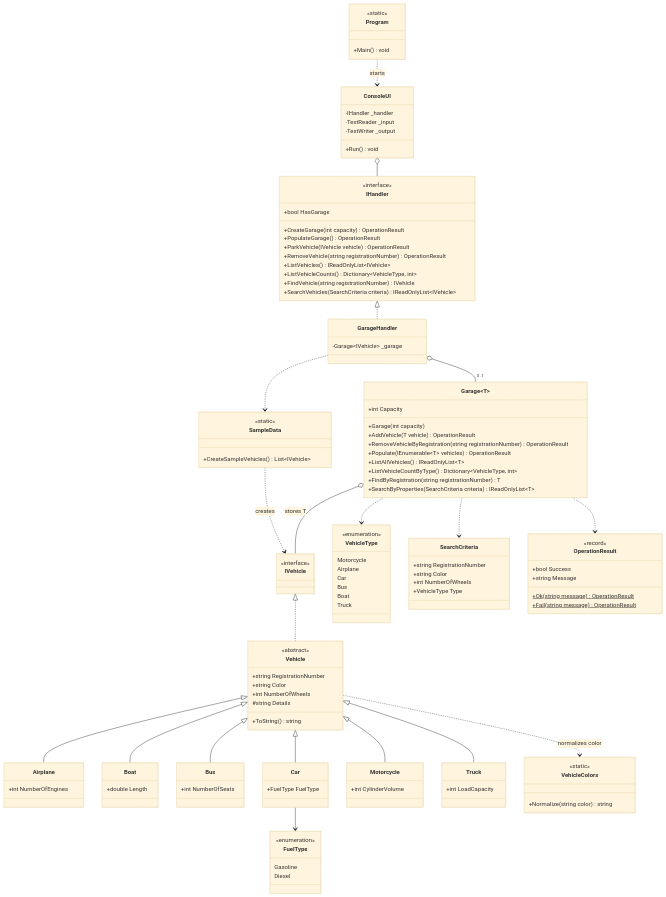
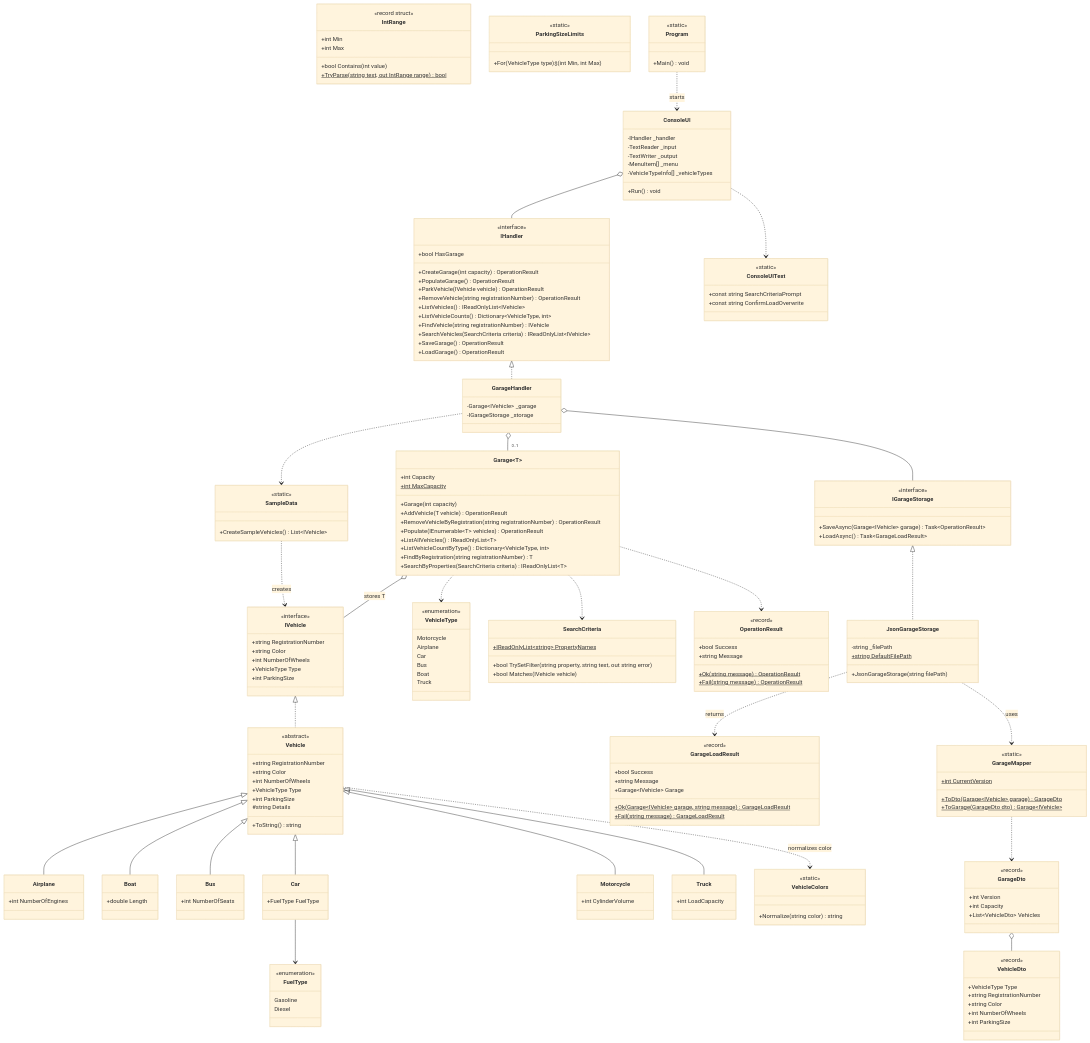
Before and after one commit to RakivoJoy/ReEducation: the diagram in Exercise09/MERMAID-UML.md, drawn with Mermaid (base theme). The commit also changed 4 other files, not shown here.

Commit message:
Updating Mermaid UML and including it in DocFX

````diff
--- a/Exercise09/MERMAID-UML.md
+++ b/Exercise09/MERMAID-UML.md
@@ -6,6 +6,11 @@
 
 	class IVehicle {
 		<<interface>>
+		+string RegistrationNumber
+		+string Color
+		+int NumberOfWheels
+		+VehicleType Type
+		+int ParkingSize
 	}
 
 	class Vehicle {
@@ -13,6 +18,8 @@
 		+string RegistrationNumber
 		+string Color
 		+int NumberOfWheels
+		+VehicleType Type
+		+int ParkingSize
 		#string Details
 		+ToString() string
 	}
@@ -64,6 +71,7 @@
 
 	class Garage~T~ {
 		+int Capacity
+		+int MaxCapacity$
 		+Garage(int capacity)
 		+AddVehicle(T vehicle) OperationResult
 		+RemoveVehicleByRegistration(string registrationNumber) OperationResult
@@ -75,10 +83,17 @@
 	}
 
 	class SearchCriteria {
-		+string RegistrationNumber
-		+string Color
-		+int NumberOfWheels
-		+VehicleType Type
+		+IReadOnlyList~string~ PropertyNames$
+		+bool TrySetFilter(string property, string text, out string error)
+		+bool Matches(IVehicle vehicle)
+	}
+
+	class IntRange {
+		<<record struct>>
+		+int Min
+		+int Max
+		+bool Contains(int value)
+		+TryParse(string text, out IntRange range)$ bool
 	}
 
 	class OperationResult {
@@ -87,6 +102,11 @@
 		+string Message
 		+Ok(string message)$ OperationResult
 		+Fail(string message)$ OperationResult
+	}
+
+	class ParkingSizeLimits {
+		<<static>>
+		+For(VehicleType type)$ (int Min, int Max)
 	}
 
 	class IHandler {
@@ -100,17 +120,72 @@
 		+ListVehicleCounts() Dictionary~VehicleType, int~
 		+FindVehicle(string registrationNumber) IVehicle
 		+SearchVehicles(SearchCriteria criteria) IReadOnlyList~IVehicle~
+		+SaveGarage() OperationResult
+		+LoadGarage() OperationResult
 	}
 
 	class GarageHandler {
 		-Garage~IVehicle~ _garage
+		-IGarageStorage _storage
+	}
+
+	class IGarageStorage {
+		<<interface>>
+		+SaveAsync(Garage~IVehicle~ garage) Task~OperationResult~
+		+LoadAsync() Task~GarageLoadResult~
+	}
+
+	class JsonGarageStorage {
+		-string _filePath
+		+string DefaultFilePath$
+		+JsonGarageStorage(string filePath)
+	}
+
+	class GarageLoadResult {
+		<<record>>
+		+bool Success
+		+string Message
+		+Garage~IVehicle~ Garage
+		+Ok(Garage~IVehicle~ garage, string message)$ GarageLoadResult
+		+Fail(string message)$ GarageLoadResult
+	}
+
+	class GarageMapper {
+		<<static>>
+		+int CurrentVersion$
+		+ToDto(Garage~IVehicle~ garage)$ GarageDto
+		+ToGarage(GarageDto dto)$ Garage~IVehicle~
+	}
+
+	class GarageDto {
+		<<record>>
+		+int Version
+		+int Capacity
+		+List~VehicleDto~ Vehicles
+	}
+
+	class VehicleDto {
+		<<record>>
+		+VehicleType Type
+		+string RegistrationNumber
+		+string Color
+		+int NumberOfWheels
+		+int ParkingSize
 	}
 
 	class ConsoleUI {
 		-IHandler _handler
 		-TextReader _input
 		-TextWriter _output
+		-MenuItem[] _menu
+		-VehicleTypeInfo[] _vehicleTypes
 		+Run() void
+	}
+
+	class ConsoleUIText {
+		<<static>>
+		+const string SearchCriteriaPrompt
+		+const string ConfirmLoadOverwrite
 	}
 
 	class Program {
@@ -136,7 +211,14 @@
 
 	IHandler <|.. GarageHandler
 	GarageHandler o-- "0..1" Garage~IVehicle~
+	GarageHandler o-- IGarageStorage
 	GarageHandler ..> SampleData
+	IGarageStorage <|.. JsonGarageStorage
+	JsonGarageStorage ..> GarageMapper : uses
+	JsonGarageStorage ..> GarageLoadResult : returns
+	GarageMapper ..> GarageDto
+	GarageDto o-- VehicleDto
 	ConsoleUI o-- IHandler
+	ConsoleUI ..> ConsoleUIText
 	Program ..> ConsoleUI : starts
 ```
````
